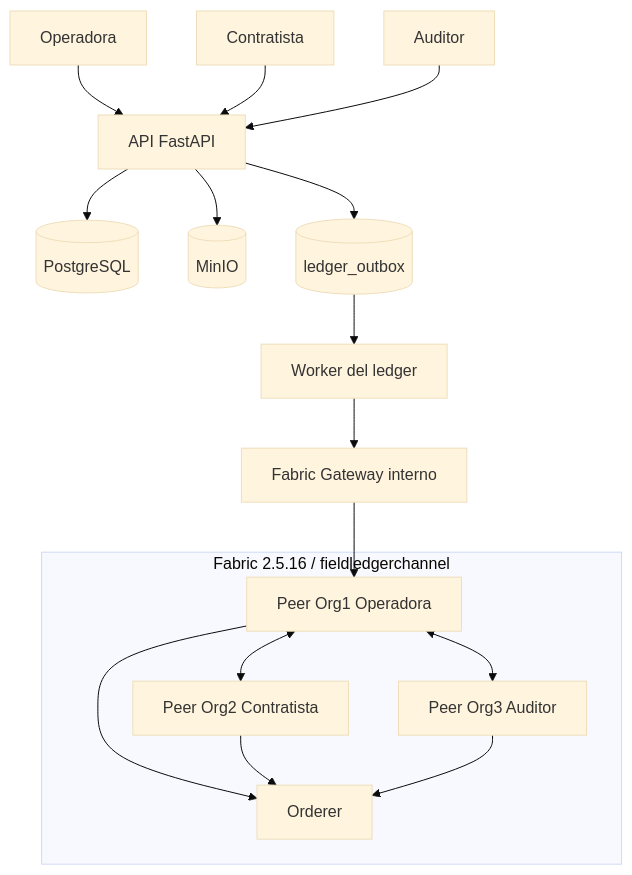
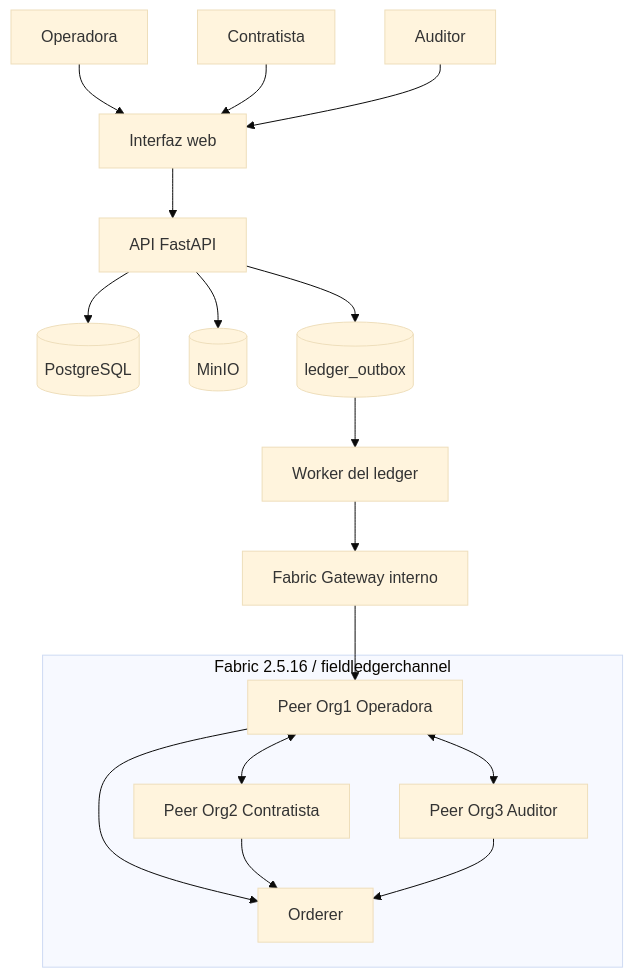
Before and after one commit to Garbox0/FIELDLEDGER: the first of 4 diagrams in docs/architecture.md, drawn with Mermaid (base theme). The commit also changed other lines of this file and 17 other files, not shown here.

First line of the commit message:
Agregar interfaz web operacional (#1)

````diff
--- a/docs/architecture.md
+++ b/docs/architecture.md
@@ -22,21 +22,22 @@
 ```mermaid
 flowchart TB
-    Operadora & Contratista & Auditor --> API[API FastAPI]
+    Operadora & Contratista & Auditor --> UI[Interfaz web]
+    UI --> API[API FastAPI]
     API --> P[(PostgreSQL)]
     API --> M[(MinIO)]
     API --> O[(ledger_outbox)]
     O --> W[Worker del ledger]
     W --> G[Fabric Gateway interno]
 
     subgraph Fabric[Fabric 2.5.16 / fieldledgerchannel]
       OP[Peer Org1 Operadora]
       CO[Peer Org2 Contratista]
       AU[Peer Org3 Auditor]
       OR[Orderer]
     end
 
     G --> OP
     OP <--> CO
     OP <--> AU
     OP & CO & AU --> OR
 ```
````
